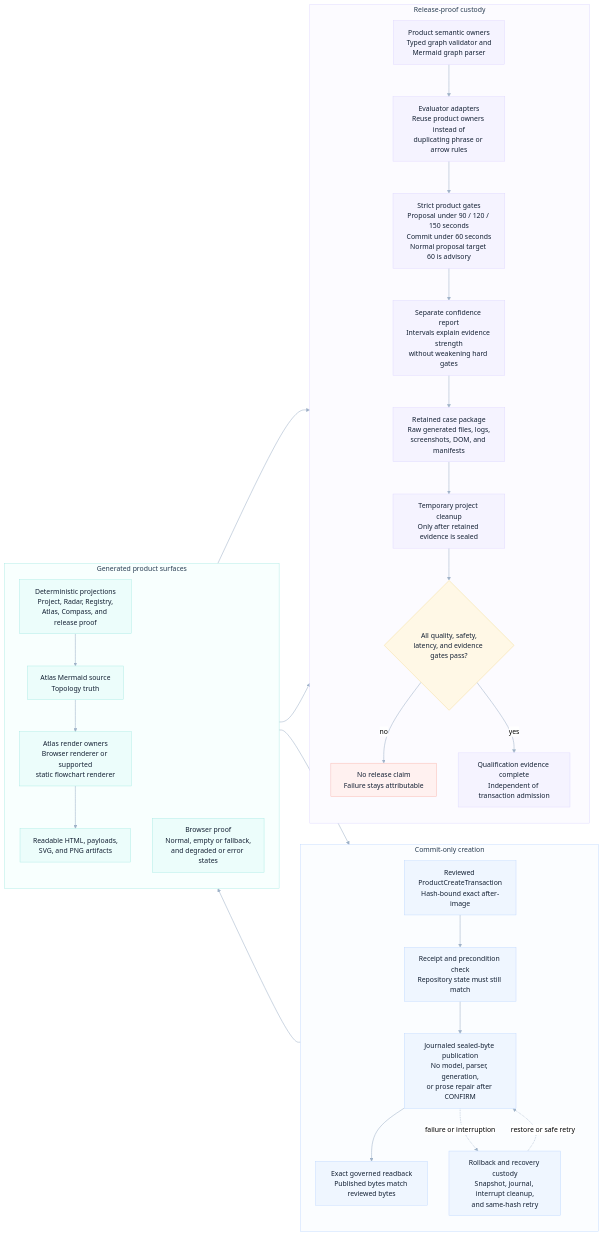
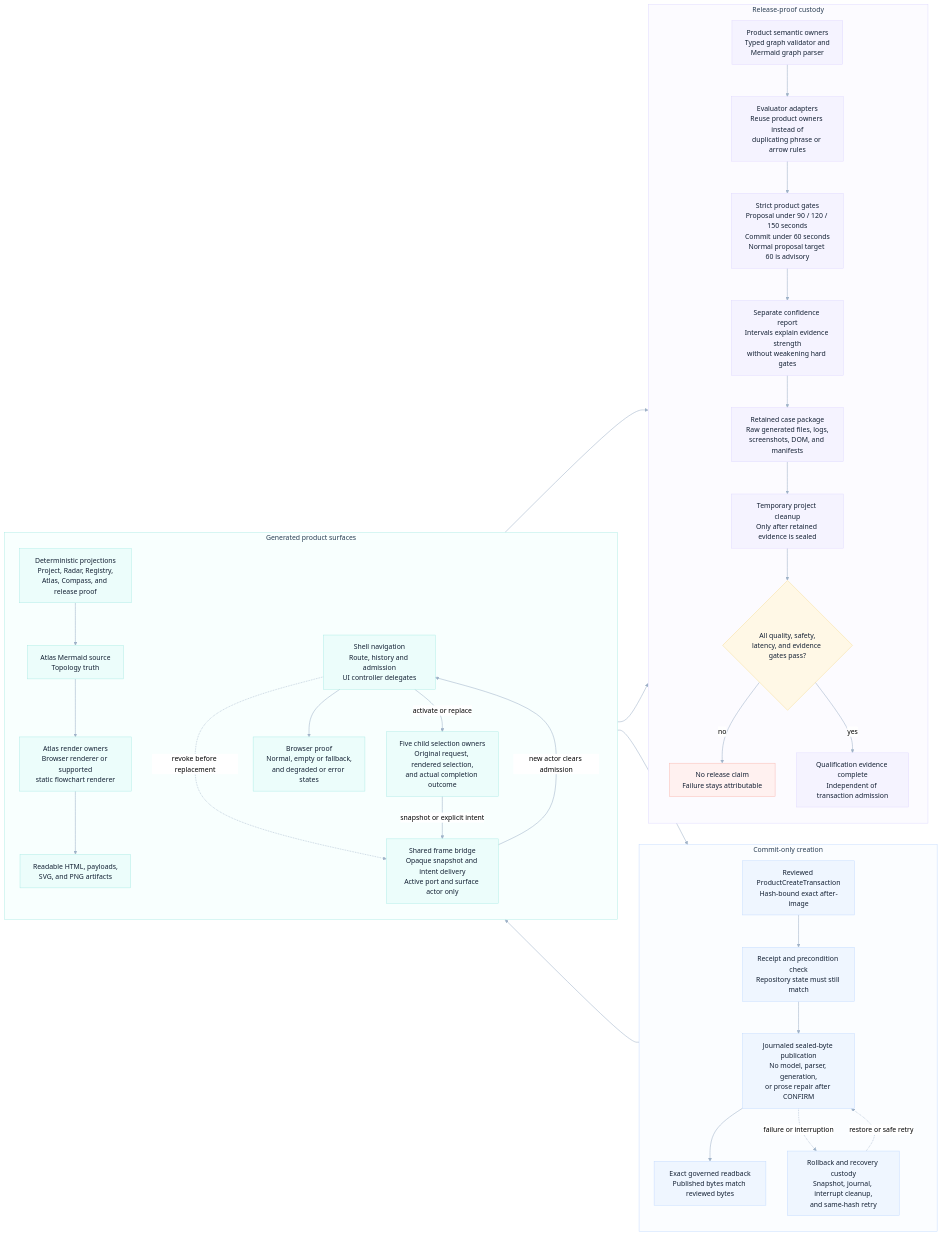
One commit to odylith/odylith changed the diagram in odylith/atlas/source/greenfield-rendered-surface-and-static-atlas-custody.mmd. Above: the diagram before and after it, drawn with Mermaid (neutral theme). The commit also changed 97 other files, not shown here.

```diff
--- a/odylith/atlas/source/greenfield-rendered-surface-and-static-atlas-custody.mmd
+++ b/odylith/atlas/source/greenfield-rendered-surface-and-static-atlas-custody.mmd
@@ -1,58 +1,66 @@
 flowchart LR
     subgraph transaction_lane["Commit-only creation"]
       direction TB
       reviewed["Reviewed ProductCreateTransaction<br/>Hash-bound exact after-image"]
       preconditions["Receipt and precondition check<br/>Repository state must still match"]
       write["Journaled sealed-byte publication<br/>No model, parser, generation,<br/>or prose repair after CONFIRM"]
       recovery["Rollback and recovery custody<br/>Snapshot, journal, interrupt cleanup,<br/>and same-hash retry"]
       readback["Exact governed readback<br/>Published bytes match reviewed bytes"]
     end
 
     subgraph surface_lane["Generated product surfaces"]
       direction TB
       projections["Deterministic projections<br/>Project, Radar, Registry,<br/>Atlas, Compass, and release proof"]
       atlas_source["Atlas Mermaid source<br/>Topology truth"]
       atlas_render["Atlas render owners<br/>Browser renderer or supported<br/>static flowchart renderer"]
       surfaces["Readable HTML, payloads,<br/>SVG, and PNG artifacts"]
+      shell_navigation["Shell navigation<br/>Route, history and admission<br/>UI controller delegates"]
+      child_selection["Five child selection owners<br/>Original request, rendered selection,<br/>and actual completion outcome"]
+      frame_bridge["Shared frame bridge<br/>Opaque snapshot and intent delivery<br/>Active port and surface actor only"]
       browser["Browser proof<br/>Normal, empty or fallback,<br/>and degraded or error states"]
     end
 
     subgraph evidence_lane["Release-proof custody"]
       direction TB
       product_parser["Product semantic owners<br/>Typed graph validator and<br/>Mermaid graph parser"]
       evaluator["Evaluator adapters<br/>Reuse product owners instead of<br/>duplicating phrase or arrow rules"]
       strict_gate["Strict product gates<br/>Proposal under 90 / 120 / 150 seconds<br/>Commit under 60 seconds<br/>Normal proposal target 60 is advisory"]
       confidence["Separate confidence report<br/>Intervals explain evidence strength<br/>without weakening hard gates"]
       retain["Retained case package<br/>Raw generated files, logs,<br/>screenshots, DOM, and manifests"]
       cleanup["Temporary project cleanup<br/>Only after retained evidence is sealed"]
       release{"All quality, safety,<br/>latency, and evidence gates pass?"}
       blocker["No release claim<br/>Failure stays attributable"]
       qualified["Qualification evidence complete<br/>Independent of transaction admission"]
     end
 
     reviewed --> preconditions --> write --> readback
     write -. "failure or interruption" .-> recovery
     recovery -. "restore or safe retry" .-> write
     projections --> atlas_source --> atlas_render --> surfaces --> reviewed
-    readback --> browser
+    readback --> shell_navigation
+    shell_navigation -- "activate or replace" --> child_selection
+    shell_navigation -. "revoke before replacement" .-> frame_bridge
+    child_selection -- "snapshot or explicit intent" --> frame_bridge
+    frame_bridge -- "new actor clears admission" --> shell_navigation
+    shell_navigation --> browser
     product_parser --> evaluator
     projections --> evaluator
     browser --> evaluator --> strict_gate --> confidence --> retain --> cleanup --> release
     release -- "no" --> blocker
     release -- "yes" --> qualified
 
     classDef primary fill:#EFF6FF,stroke:#BFD7FE,color:#132033,stroke-width:1px;
     classDef execution fill:#ECFDFB,stroke:#A7E9E3,color:#132033,stroke-width:1px;
     classDef governance fill:#F5F3FF,stroke:#DDD6FE,color:#132033,stroke-width:1px;
     classDef constraint fill:#FFF8E6,stroke:#F6D98B,color:#132033,stroke-width:1px;
     classDef invalid fill:#FFF1F0,stroke:#F7B4AE,color:#132033,stroke-width:1px;
     class reviewed,preconditions,write,recovery,readback primary;
-    class projections,atlas_source,atlas_render,surfaces,browser execution;
+    class projections,atlas_source,atlas_render,surfaces,shell_navigation,child_selection,frame_bridge,browser execution;
     class product_parser,evaluator,strict_gate,confidence,retain,cleanup,qualified governance;
     class release constraint;
     class blocker invalid;
 
     style transaction_lane fill:#FBFDFF,stroke:#BFD7FE,stroke-width:1px,color:#293D52
     style surface_lane fill:#F8FFFE,stroke:#A7E9E3,stroke-width:1px,color:#293D52
     style evidence_lane fill:#FCFBFF,stroke:#DDD6FE,stroke-width:1px,color:#293D52
     linkStyle default stroke:#9FB2C8,stroke-width:1.25px
```
